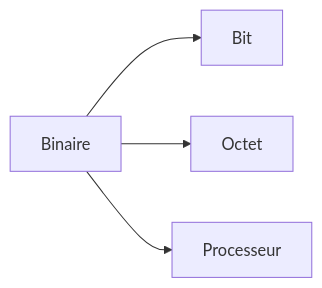
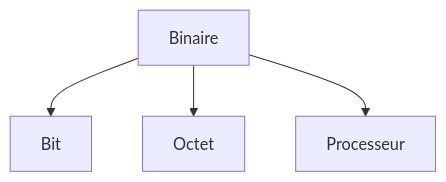
Before and after one commit to zyrass/omnydocs: the fifth of 38 diagrams in docs/glossaire/bases-fondamentales.md, drawn with Mermaid. The commit also changed other lines of this file and 1780 other files, not shown here.

````diff
--- a/docs/glossaire/bases-fondamentales.md
+++ b/docs/glossaire/bases-fondamentales.md
@@ -101,6 +123,6 @@
-    ```mermaid
-    graph LR
-        A[Binaire] --> B[Bit]
-        A --> C[Octet]
-        A --> D[Processeur]
-    ```
+```mermaid
+graph TB
+    A[Binaire] --> B[Bit]
+    A --> C[Octet]
+    A --> D[Processeur]
+```
````
